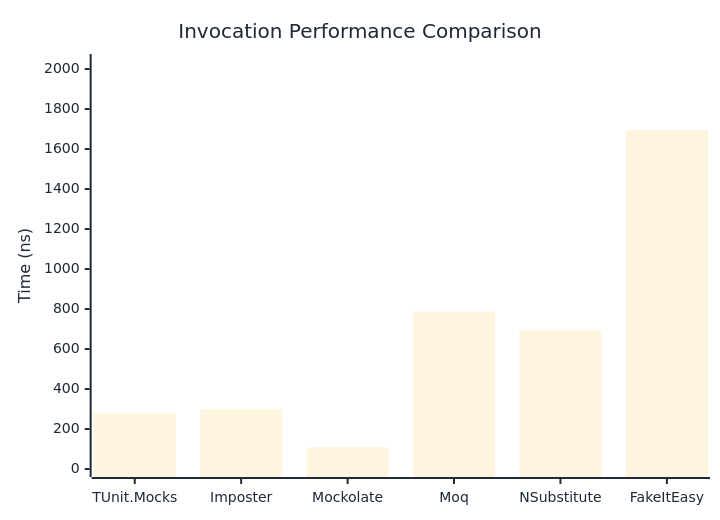
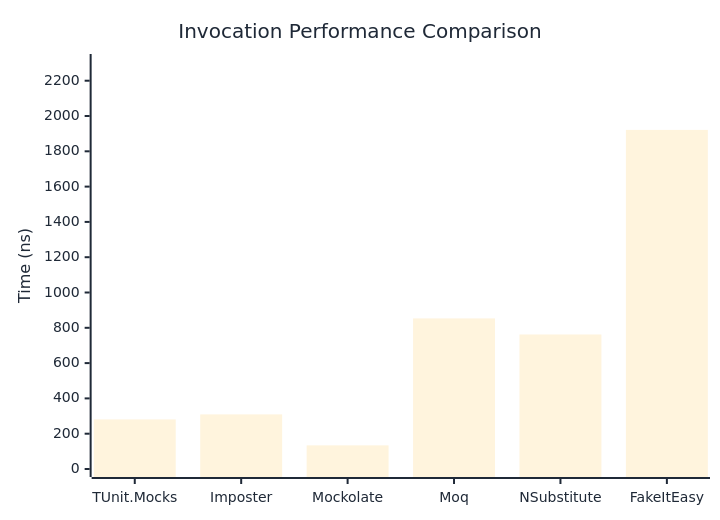
The first of 3 diagrams in docs/docs/benchmarks/mocks/Invocation.md (thomhurst/TUnit), drawn with Mermaid before and after one commit. The commit also changed other lines of this file and 14 other files, not shown here.

````diff
--- a/docs/docs/benchmarks/mocks/Invocation.md
+++ b/docs/docs/benchmarks/mocks/Invocation.md
@@ -30,27 +30,27 @@
 ```mermaid
 %%{init: {
   'theme':'base',
   'themeVariables': {
     'primaryColor': '#2563eb',
     'primaryTextColor': '#1f2937',
     'primaryBorderColor': '#1e40af',
     'lineColor': '#6b7280',
     'secondaryColor': '#7c3aed',
     'tertiaryColor': '#dc2626',
     'background': '#ffffff',
     'pie1': '#2563eb',
     'pie2': '#7c3aed',
     'pie3': '#dc2626',
     'pie4': '#f59e0b',
     'pie5': '#10b981',
     'pie6': '#06b6d4',
     'pie7': '#ec4899',
     'pie8': '#6366f1'
   }
 }}%%
 xychart-beta
   title "Invocation Performance Comparison"
   x-axis ["TUnit.Mocks", "Imposter", "Mockolate", "Moq", "NSubstitute", "FakeItEasy"]
-  y-axis "Time (ns)" 0 --> 2035
-  bar [277.3, 298.1, 108.4, 787.6, 693.6, 1695.4]
+  y-axis "Time (ns)" 0 --> 2306
+  bar [281, 309.4, 133.9, 853.2, 762.2, 1921.3]
 ```
````
